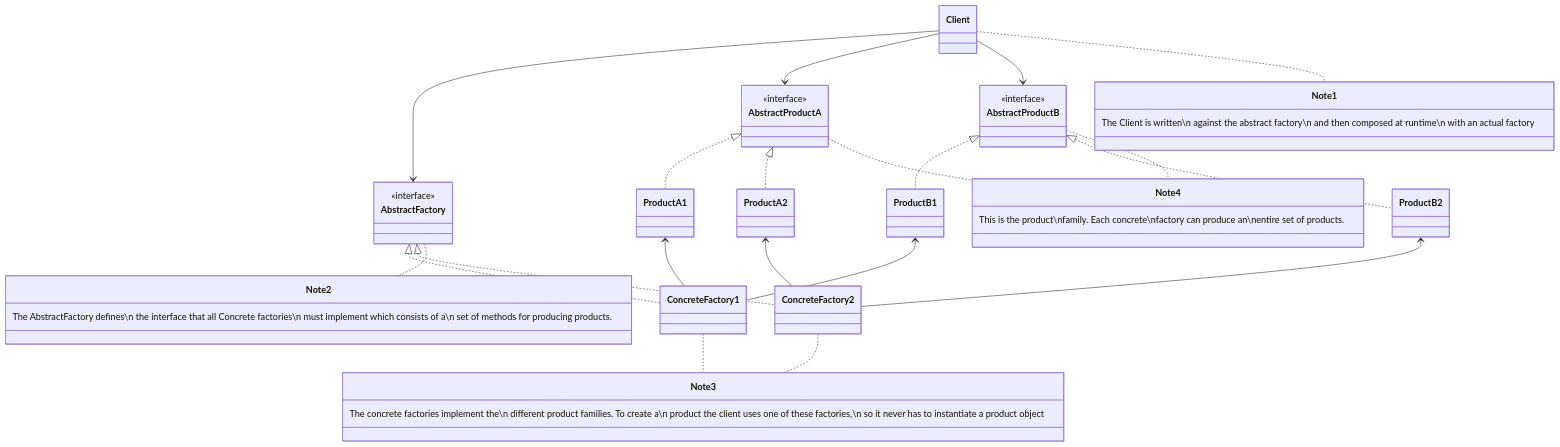
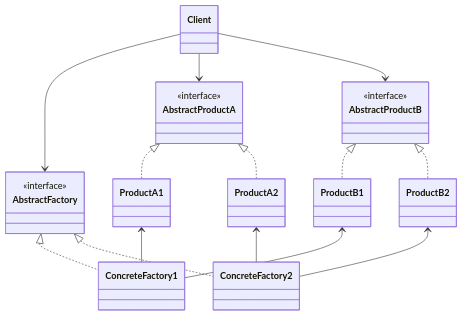
The diagram in _wiki/abstract-factory-pattern.md (Achelous1/achelous1.github.io), drawn with Mermaid before and after one commit. The commit also changed other lines of this file and 10 other files, not shown here.

Commit message:
feature : update on mermaid version and configuration

````diff
--- a/_wiki/abstract-factory-pattern.md
+++ b/_wiki/abstract-factory-pattern.md
@@ -19,58 +19,35 @@
 ```mermaid
 classDiagram
 direction TD
 
 class Client
 class AbstractFactory{
 <<interface>>
 }
 class AbstractProductA{
 <<interface>>
 }
 class ProductA2
 class ProductA1
 class ConcreteFactory1
 class ConcreteFactory2
 class AbstractProductB{
 <<interface>>
 }
 class ProductB1
 class ProductB2
 
-class Note1 {
-	The Client is written\n against the abstract factory\n and then composed at runtime\n with an actual factory
-}
-
-class Note2 {
-	The AbstractFactory defines\n the interface that all Concrete factories\n must implement which consists of a\n set of methods for producing products.
-}
-
-class Note3 {
-	The concrete factories implement the\n different product families. To create a\n product the client uses one of these factories,\n so it never has to instantiate a product object
-}
-
-class Note4 {
-	This is the product\nfamily. Each concrete\nfactory can produce an\nentire set of products.
-}
-
 Client --> AbstractFactory
 Client --> AbstractProductA 
 Client --> AbstractProductB
-Client .. Note1
 AbstractFactory <|.. ConcreteFactory1
 AbstractFactory <|.. ConcreteFactory2
-AbstractFactory .. Note2
 AbstractProductA <|.. ProductA1
 AbstractProductA <|.. ProductA2
 AbstractProductB <|.. ProductB1
 AbstractProductB <|.. ProductB2
 ProductA1 <-- ConcreteFactory1
 ProductB1 <-- ConcreteFactory1
 ProductA2 <-- ConcreteFactory2
 ProductB2 <-- ConcreteFactory2
-ConcreteFactory1 .. Note3
-ConcreteFactory2 .. Note3
-AbstractProductA .. Note4
-AbstractProductB .. Note4
-
 ```
````
